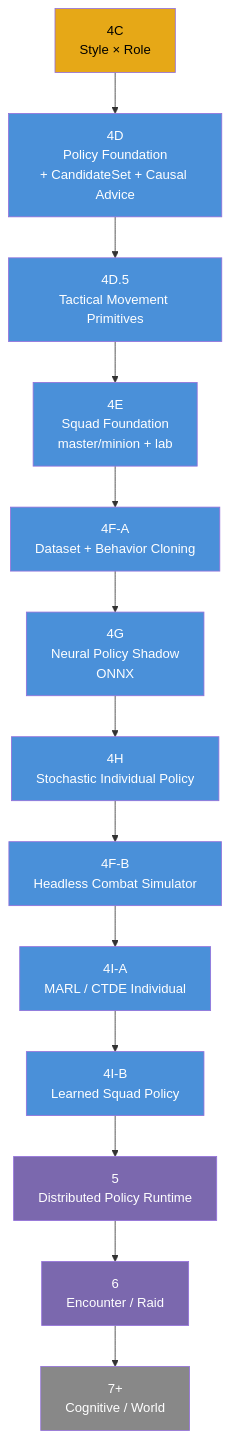
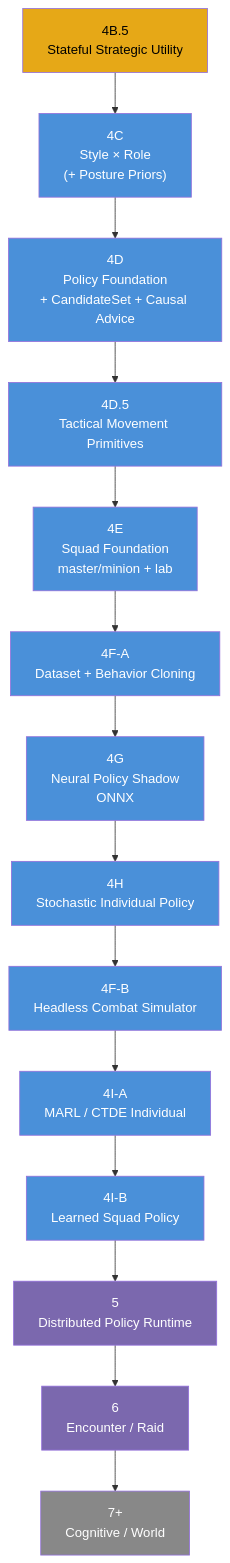
Before and after one commit to Oravlalesco/l2dn-server: the first of 4 diagrams in L2Dn/Documentation/Architecture/Roadmap/00_Roadmap_Maestro.md, drawn with Mermaid. The commit also changed other lines of this file and 11 other files, not shown here.

Commit message:
docs(npc-ai): add ADR-017, subphase 4B.5, and update arbitration semantics across roadmap

````diff
--- a/L2Dn/Documentation/Architecture/Roadmap/00_Roadmap_Maestro.md
+++ b/L2Dn/Documentation/Architecture/Roadmap/00_Roadmap_Maestro.md
@@ -21,43 +21,46 @@
 ```mermaid
 flowchart TD
-    P4C["4C\nStyle × Role"]
+    P4B5["4B.5\nStateful Strategic Utility"]
+    P4C["4C\nStyle × Role\n(+ Posture Priors)"]
     P4D["4D\nPolicy Foundation\n+ CandidateSet + Causal Advice"]
     P4D5["4D.5\nTactical Movement Primitives"]
     P4E["4E\nSquad Foundation\nmaster/minion + lab"]
     P4FA["4F-A\nDataset + Behavior Cloning"]
     P4G["4G\nNeural Policy Shadow\nONNX"]
     P4H["4H\nStochastic Individual Policy"]
     P4FB["4F-B\nHeadless Combat Simulator"]
     P4IA["4I-A\nMARL / CTDE Individual"]
     P4IB["4I-B\nLearned Squad Policy"]
     P5["5\nDistributed Policy Runtime"]
     P6["6\nEncounter / Raid"]
     P7["7+\nCognitive / World"]
 
+    P4B5 --> P4C
     P4C --> P4D
     P4D --> P4D5
     P4D5 --> P4E
     P4E --> P4FA
     P4FA --> P4G
     P4G --> P4H
     P4H --> P4FB
     P4FB --> P4IA
     P4IA --> P4IB
     P4IB --> P5
     P5 --> P6
     P6 --> P7
 
-    style P4C fill:#e6a817,color:#000
+    style P4B5 fill:#e6a817,color:#000
+    style P4C fill:#4a90d9,color:#fff
     style P4D fill:#4a90d9,color:#fff
     style P4D5 fill:#4a90d9,color:#fff
     style P4E fill:#4a90d9,color:#fff
     style P4FA fill:#4a90d9,color:#fff
     style P4G fill:#4a90d9,color:#fff
     style P4H fill:#4a90d9,color:#fff
     style P4FB fill:#4a90d9,color:#fff
     style P4IA fill:#4a90d9,color:#fff
     style P4IB fill:#4a90d9,color:#fff
     style P5 fill:#7b68ae,color:#fff
     style P6 fill:#7b68ae,color:#fff
     style P7 fill:#888,color:#fff
 ```
````
